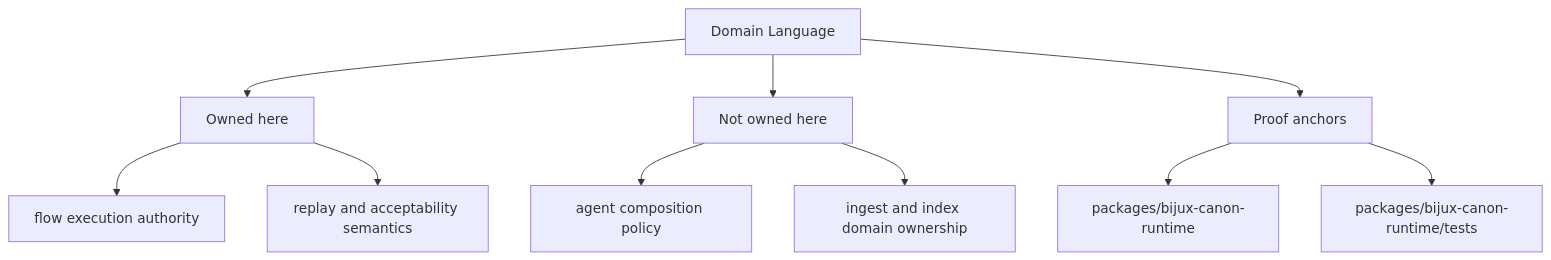
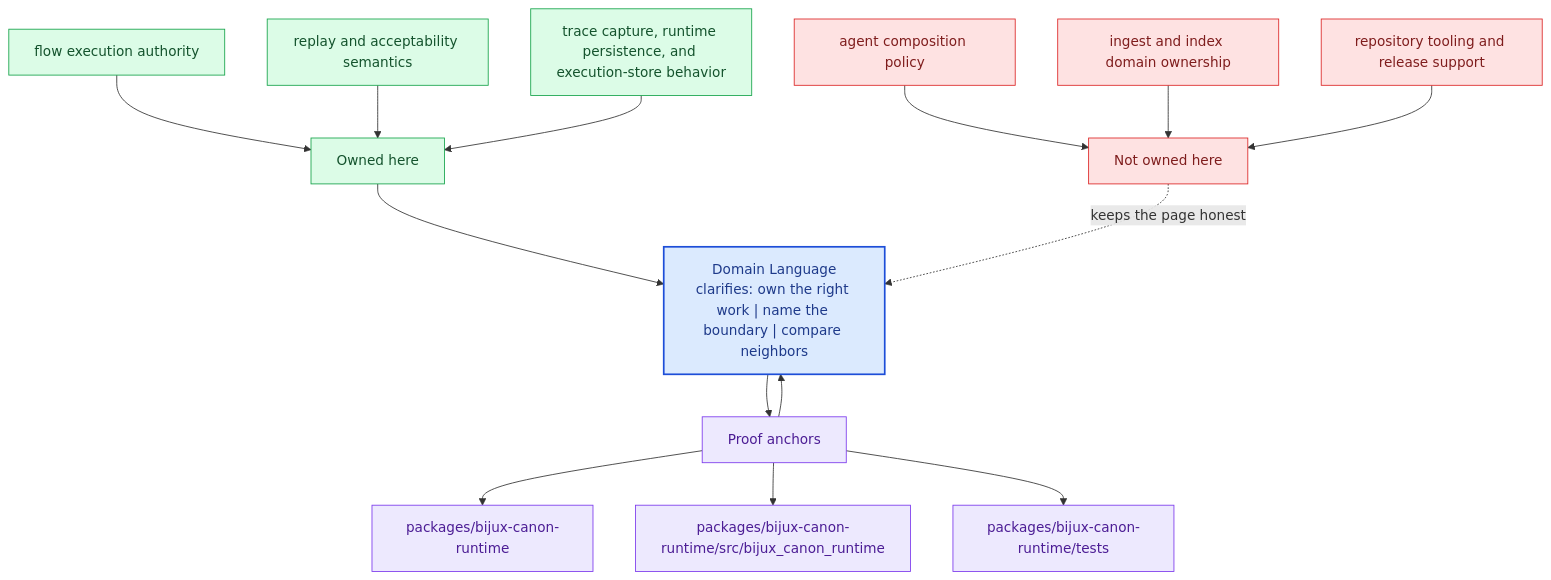
The second of 2 diagrams in docs/bijux-canon-runtime/foundation/domain-language.md (bijux/bijux-canon), drawn with Mermaid before and after one commit. The commit also changed other lines of this file and 281 other files, not shown here.

Commit message:
docs(diagrams): deepen handbook mermaid maps across the catalog

````diff
--- a/docs/bijux-canon-runtime/foundation/domain-language.md
+++ b/docs/bijux-canon-runtime/foundation/domain-language.md
@@ -35,22 +68,40 @@
 ```mermaid
-flowchart TD
-    page["Domain Language"]
+flowchart TB
+    promise["Domain Language<br/>clarifies: own the right work | name the boundary | compare neighbors"]
+    classDef promise fill:#dbeafe,stroke:#1d4ed8,color:#1e3a8a,stroke-width:2px;
+    classDef driver fill:#dcfce7,stroke:#16a34a,color:#14532d;
+    classDef constraint fill:#fee2e2,stroke:#dc2626,color:#7f1d1d;
+    classDef ground fill:#ede9fe,stroke:#7c3aed,color:#4c1d95;
     focus1["Owned here"]
-    page --> focus1
+    focus1 --> promise
     focus1_1["flow execution authority"]
-    focus1 --> focus1_1
+    focus1_1 --> focus1
     focus1_2["replay and acceptability semantics"]
-    focus1 --> focus1_2
+    focus1_2 --> focus1
+    focus1_3["trace capture, runtime persistence, and execution-store behavior"]
+    focus1_3 --> focus1
+    class focus1 driver;
+    class focus1_1,focus1_2,focus1_3 driver;
     focus2["Not owned here"]
-    page --> focus2
+    focus2 -.keeps the page honest.-> promise
     focus2_1["agent composition policy"]
-    focus2 --> focus2_1
+    focus2_1 --> focus2
     focus2_2["ingest and index domain ownership"]
-    focus2 --> focus2_2
+    focus2_2 --> focus2
+    focus2_3["repository tooling and release support"]
+    focus2_3 --> focus2
+    class focus2 constraint;
+    class focus2_1,focus2_2,focus2_3 constraint;
     focus3["Proof anchors"]
-    page --> focus3
+    focus3 --> promise
+    promise --> focus3
     focus3_1["packages/bijux-canon-runtime"]
     focus3 --> focus3_1
-    focus3_2["packages/bijux-canon-runtime/tests"]
+    focus3_2["packages/bijux-canon-runtime/src/bijux_canon_runtime"]
     focus3 --> focus3_2
+    focus3_3["packages/bijux-canon-runtime/tests"]
+    focus3 --> focus3_3
+    class focus3 ground;
+    class focus3_1,focus3_2,focus3_3 ground;
+    class promise promise;
 ```
````
